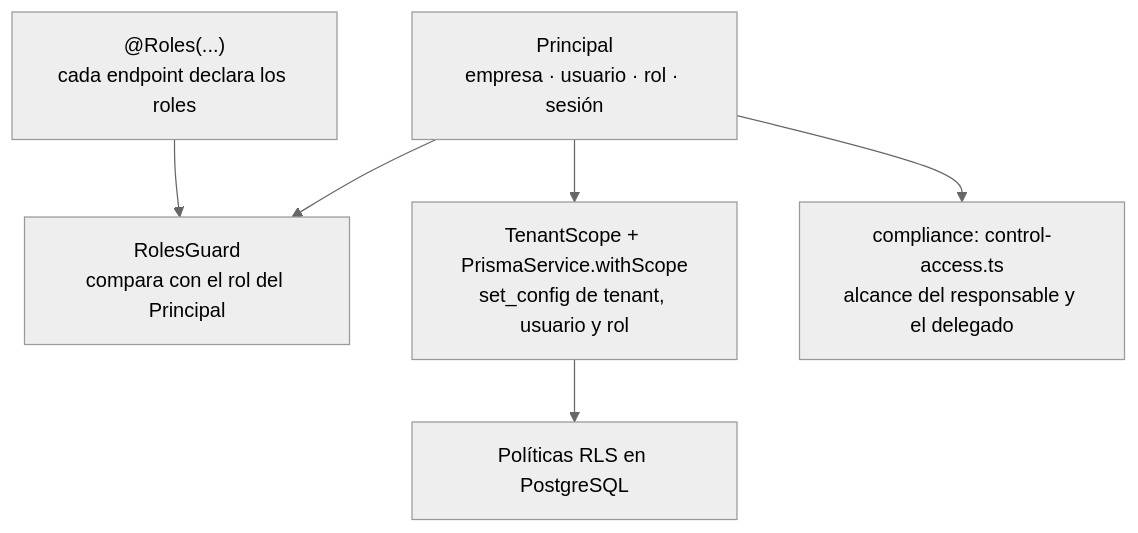
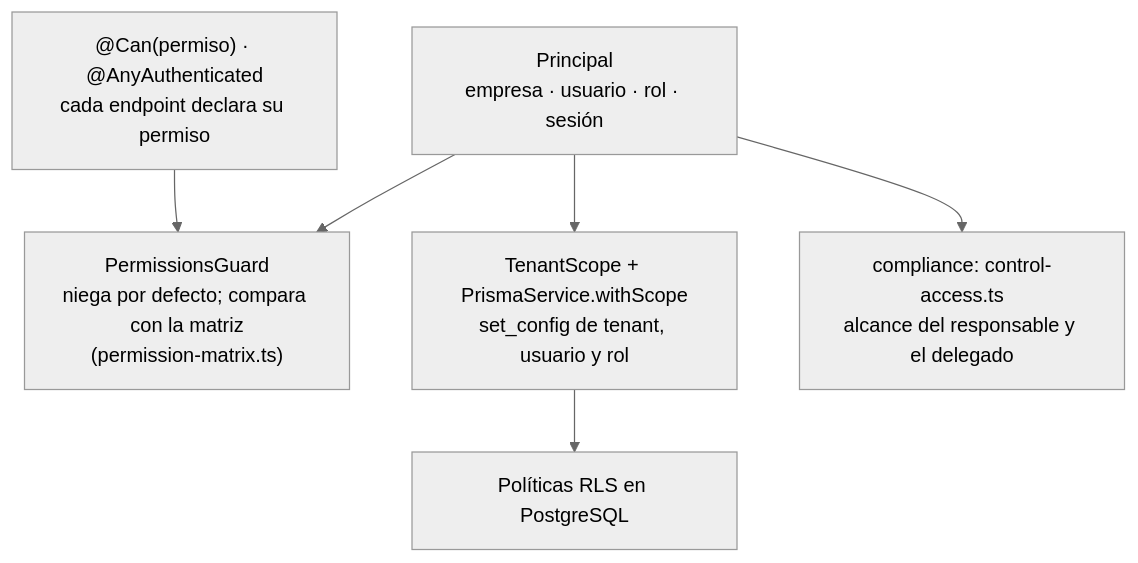
One commit to Monkey-GRC/Monkey-Brain-IA changed the second of 2 diagrams in skills/product/monkey-compliance-council/references/arquitectura/roles-permisos/01-c4.md. Above: the diagram before and after it, drawn with Mermaid (neutral theme). The commit also changed other lines of this file and 82 other files, not shown here.

Commit message:
docs(brain): collaborator role, deny-by-default permission matrix, minimal documents and notifications contracts with D150-D152, SEG-85 to SEG-88 and DT-123 to DT-125 (MD-503, MD-515)

````diff
--- a/skills/product/monkey-compliance-council/references/arquitectura/roles-permisos/01-c4.md
+++ b/skills/product/monkey-compliance-council/references/arquitectura/roles-permisos/01-c4.md
@@ -20,13 +20,13 @@
 ```mermaid
 flowchart TB
-    dec["@Roles(...)<br/>cada endpoint declara los roles"]
-    rg["RolesGuard<br/>compara con el rol del Principal"]
+    dec["@Can(permiso) · @AnyAuthenticated<br/>cada endpoint declara su permiso"]
+    rg["PermissionsGuard<br/>niega por defecto; compara con la matriz<br/>(permission-matrix.ts)"]
     pr["Principal<br/>empresa · usuario · rol · sesión"]
     ts["TenantScope + PrismaService.withScope<br/>set_config de tenant, usuario y rol"]
     rls["Políticas RLS en PostgreSQL"]
     cr["compliance: control-access.ts<br/>alcance del responsable y el delegado"]
     pr --> rg
     dec --> rg
     pr --> ts --> rls
     pr --> cr
 ```
````
